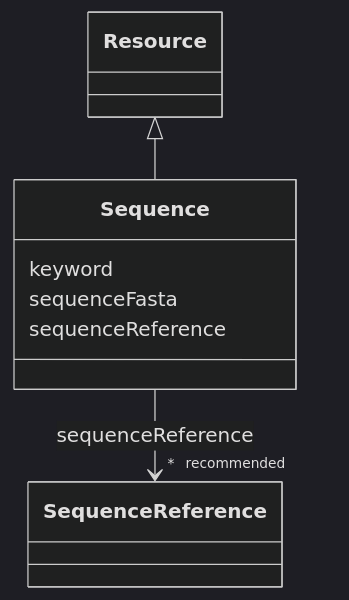
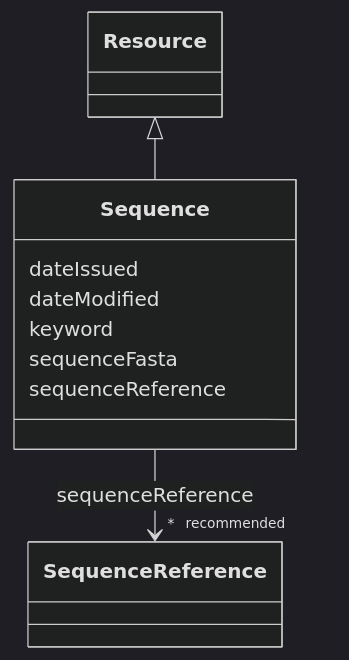
The diagram in models/docs/Sequence.md (EVORA-project/evora-ontology), drawn with Mermaid (dark theme) before and after one commit. The commit also changed other lines of this file and 377 other files, not shown here.

````diff
--- a/models/docs/Sequence.md
+++ b/models/docs/Sequence.md
@@ -19,22 +19,26 @@
 ```mermaid
  classDiagram
     class Sequence
     click Sequence href "../Sequence"
       Resource <|-- Sequence
         click Resource href "../Resource"
       
+      Sequence : dateIssued
+        
+      Sequence : dateModified
+        
       Sequence : keyword
         
       Sequence : sequenceFasta
         
       Sequence : sequenceReference
         
           
     
     
     Sequence --> "* _recommended_" SequenceReference : sequenceReference
     click SequenceReference href "../SequenceReference"
 
         
       
 ```
````
